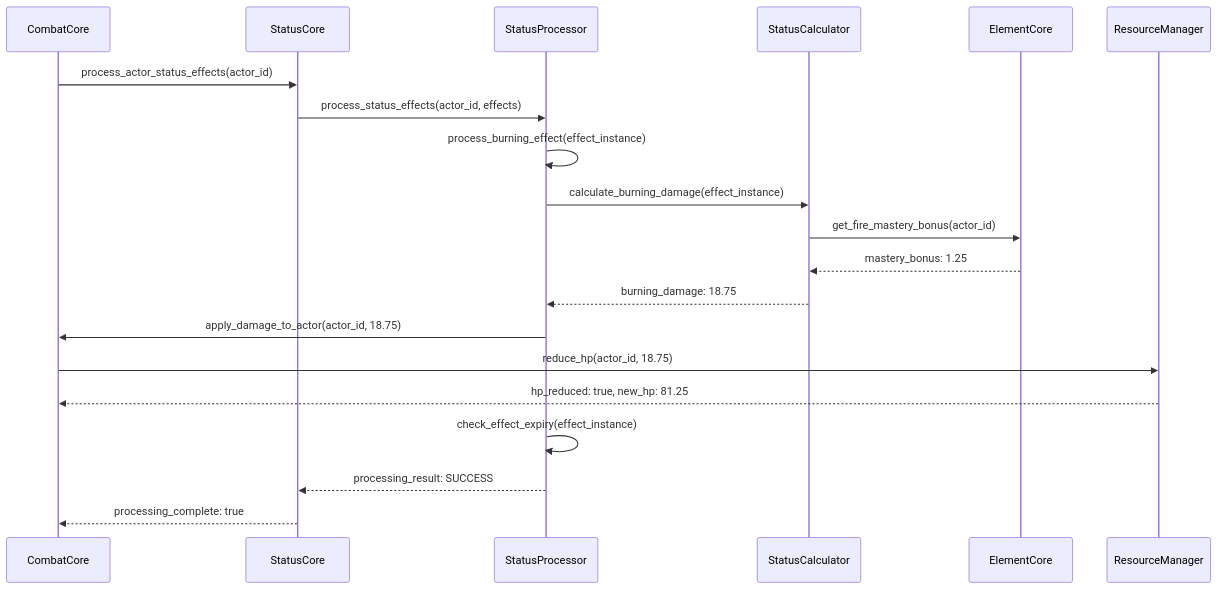
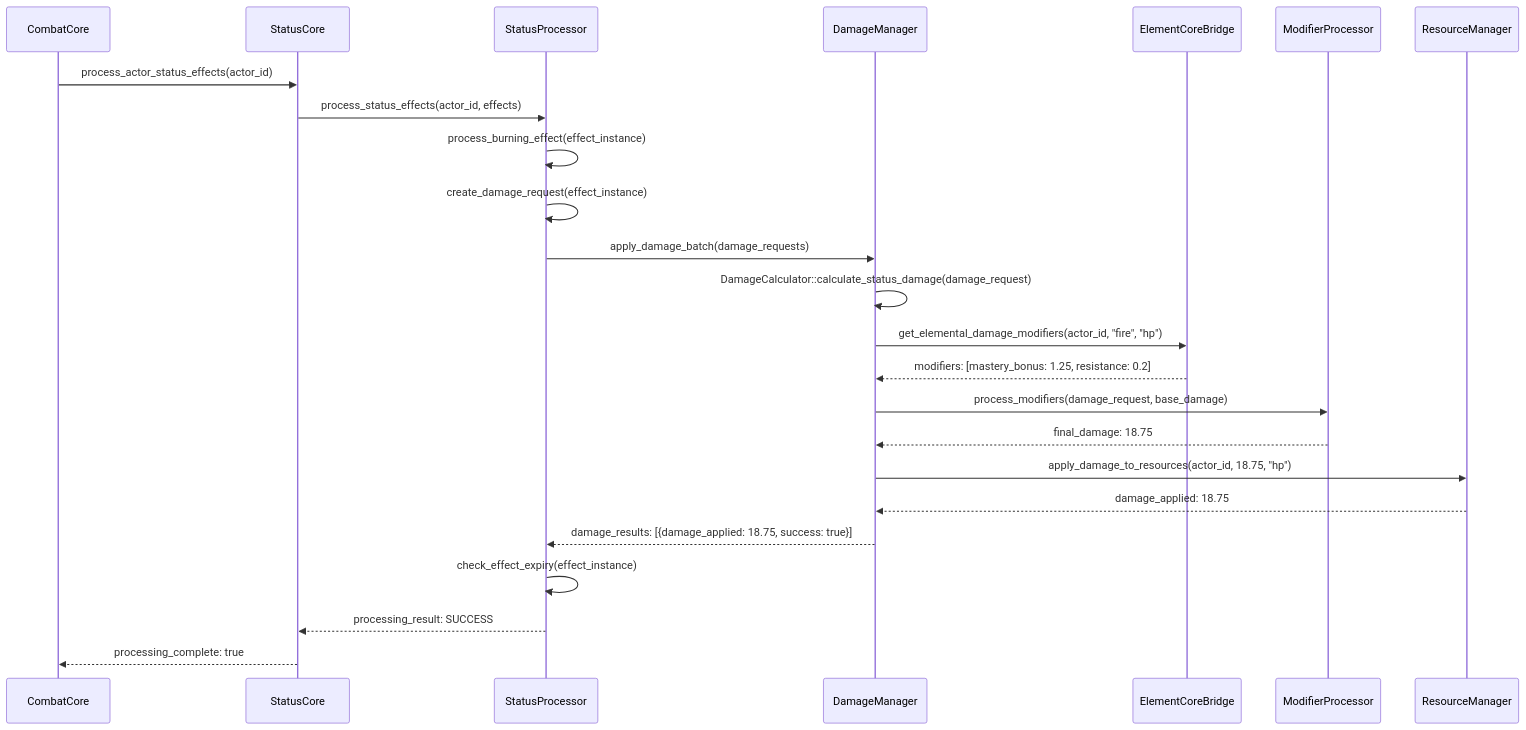
One commit to letuhao/chaos-backend-service changed the fifth of 6 diagrams in docs/status-core/11_Burning_Status_Combat_Flow_Diagram.md. Above: the diagram before and after it, drawn with Mermaid. The commit also changed other lines of this file and 21 other files, not shown here.

Commit message:
add damage manager

````diff
--- a/docs/status-core/11_Burning_Status_Combat_Flow_Diagram.md
+++ b/docs/status-core/11_Burning_Status_Combat_Flow_Diagram.md
@@ -131,23 +145,27 @@
 ```mermaid
 sequenceDiagram
     participant CombatCore
     participant StatusCore
     participant StatusProcessor
-    participant StatusCalculator
-    participant ElementCore
+    participant DamageManager
+    participant ElementCoreBridge
+    participant ModifierProcessor
     participant ResourceManager
     
     CombatCore->>StatusCore: process_actor_status_effects(actor_id)
     StatusCore->>StatusProcessor: process_status_effects(actor_id, effects)
     StatusProcessor->>StatusProcessor: process_burning_effect(effect_instance)
-    StatusProcessor->>StatusCalculator: calculate_burning_damage(effect_instance)
-    StatusCalculator->>ElementCore: get_fire_mastery_bonus(actor_id)
-    ElementCore-->>StatusCalculator: mastery_bonus: 1.25
-    StatusCalculator-->>StatusProcessor: burning_damage: 18.75
-    StatusProcessor->>CombatCore: apply_damage_to_actor(actor_id, 18.75)
-    CombatCore->>ResourceManager: reduce_hp(actor_id, 18.75)
-    ResourceManager-->>CombatCore: hp_reduced: true, new_hp: 81.25
+    StatusProcessor->>StatusProcessor: create_damage_request(effect_instance)
+    StatusProcessor->>DamageManager: apply_damage_batch(damage_requests)
+    DamageManager->>DamageManager: DamageCalculator::calculate_status_damage(damage_request)
+    DamageManager->>ElementCoreBridge: get_elemental_damage_modifiers(actor_id, "fire", "hp")
+    ElementCoreBridge-->>DamageManager: modifiers: [mastery_bonus: 1.25, resistance: 0.2]
+    DamageManager->>ModifierProcessor: process_modifiers(damage_request, base_damage)
+    ModifierProcessor-->>DamageManager: final_damage: 18.75
+    DamageManager->>ResourceManager: apply_damage_to_resources(actor_id, 18.75, "hp")
+    ResourceManager-->>DamageManager: damage_applied: 18.75
+    DamageManager-->>StatusProcessor: damage_results: [{damage_applied: 18.75, success: true}]
     StatusProcessor->>StatusProcessor: check_effect_expiry(effect_instance)
     StatusProcessor-->>StatusCore: processing_result: SUCCESS
     StatusCore-->>CombatCore: processing_complete: true
 ```
````
